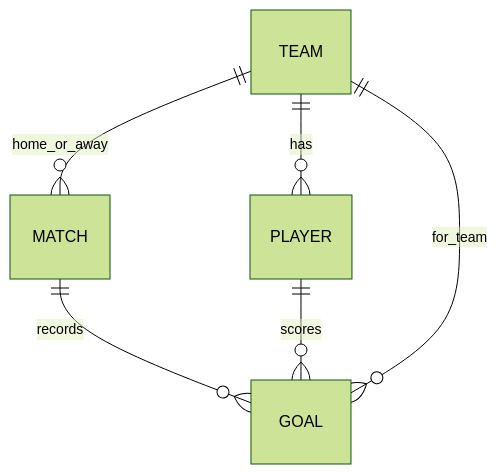
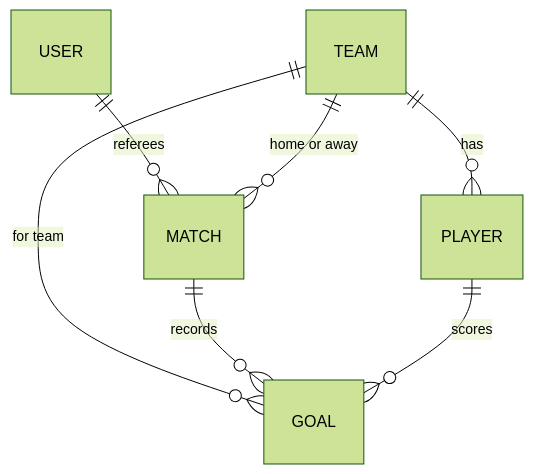
One commit to sanderkerkhofs/worldcup-manager-2026 changed the second of 3 diagrams in analysis/project_schema.md. Above: the diagram before and after it, drawn with Mermaid (forest theme). The commit also changed other lines of this file and 16 other files, not shown here.

First line of the commit message:
feat: add logical ERD and UML class diagram for tournament management

````diff
--- a/analysis/project_schema.md
+++ b/analysis/project_schema.md
@@ -114,8 +194,9 @@
 ```mermaid
 erDiagram
+  USER ||--o{ MATCH : referees
   TEAM ||--o{ PLAYER : has
+  TEAM ||--o{ GOAL : "for team"
+  TEAM ||--o{ MATCH : "home or away"
   MATCH ||--o{ GOAL : records
   PLAYER ||--o{ GOAL : scores
-  TEAM ||--o{ GOAL : for_team
-  TEAM ||--o{ MATCH : home_or_away
 ```
````
